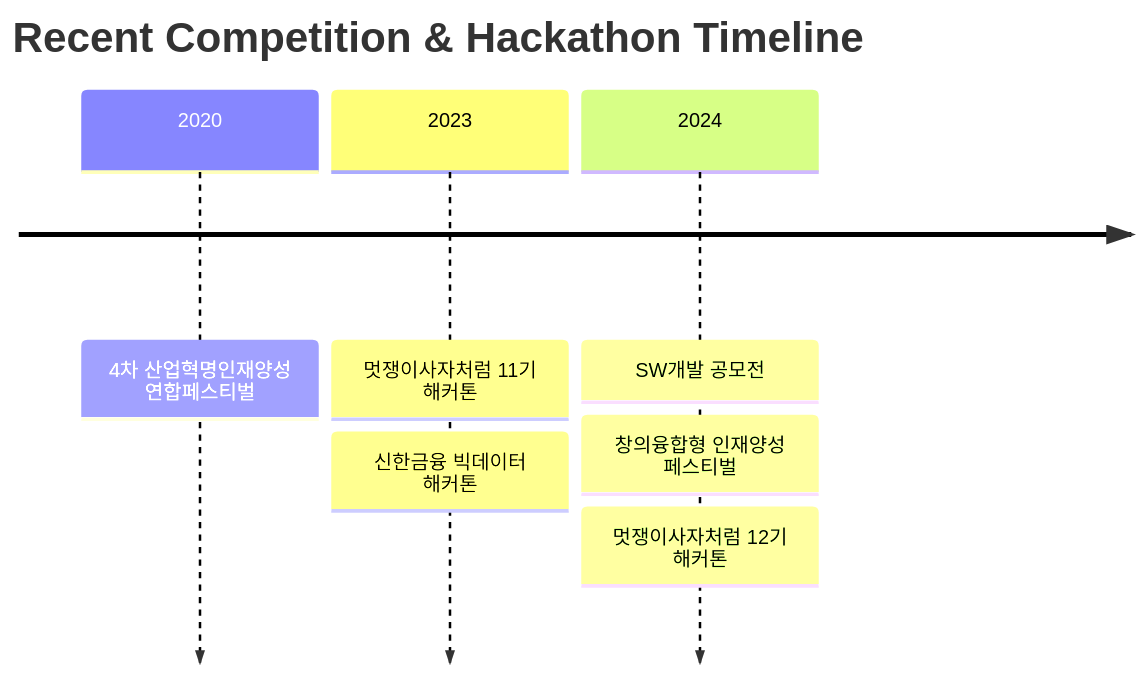
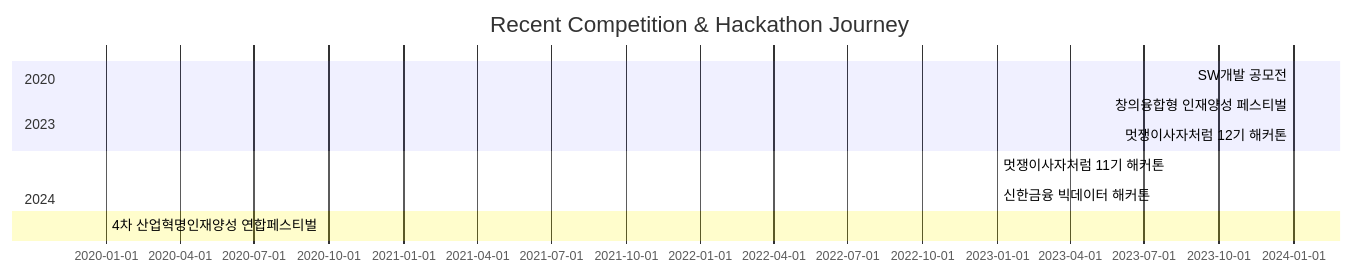
Before and after one commit to dongsubnambuk/dongsubnambuk: the diagram in README.md, drawn with Mermaid. The commit also changed other lines of this file, not shown here.

````diff
--- a/README.md
+++ b/README.md
@@ -130,7 +157,14 @@
 ```mermaid
-timeline
-    title Recent Competition & Hackathon Timeline
-    2020 : 4차 산업혁명인재양성 연합페스티벌
-    2023 : 멋쟁이사자처럼 11기 해커톤 : 신한금융 빅데이터 해커톤
-    2024 : SW개발 공모전 : 창의융합형 인재양성 페스티벌 : 멋쟁이사자처럼 12기 해커톤
+gantt
+    title Recent Competition & Hackathon Journey
+    dateFormat YYYY
+    section 2024    
+    SW개발 공모전           :2024, 0d
+    창의융합형 인재양성 페스티벌  :2024, 0d
+    멋쟁이사자처럼 12기 해커톤    :2024, 0d
+    section 2023
+    멋쟁이사자처럼 11기 해커톤    :2023, 0d
+    신한금융 빅데이터 해커톤      :2023, 0d
+    section 2020
+    4차 산업혁명인재양성 연합페스티벌 :2020, 0d
 ```
````
